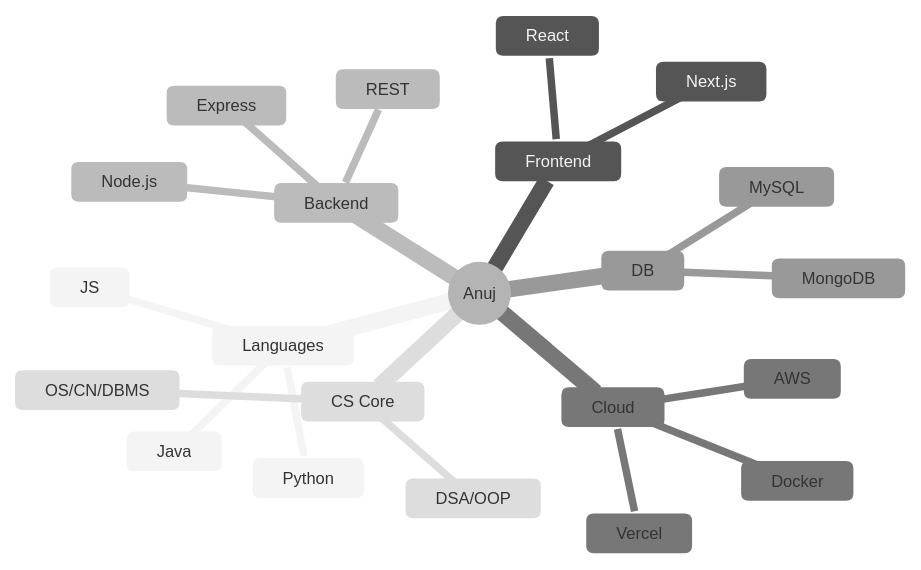
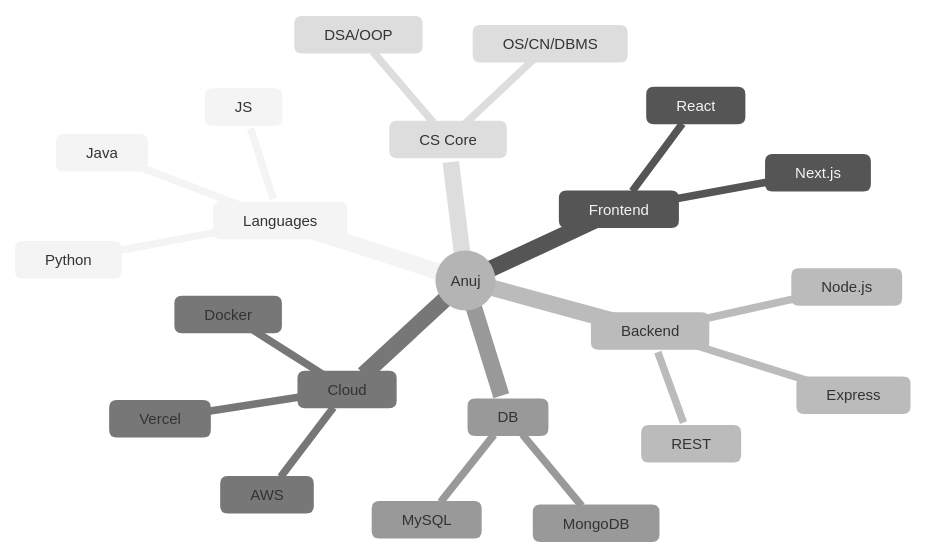
The first of 2 diagrams in README.md (Anuj-er/Anuj-er), drawn with Mermaid before and after one commit. The commit also changed other lines of this file, not shown here.

````diff
--- a/README.md
+++ b/README.md
@@ -65,26 +67,26 @@
 ```mermaid
-%%{init: {'theme': 'neutral', 'themeVariables': {'fontSize': '11px'}}}%%
+%%{init: {'theme': 'neutral', 'themeVariables': {'fontSize': '10px'}}}%%
 mindmap
   root((Anuj))
     Languages
       Java
       Python
       JS
     Frontend
       React
       Next.js
     Backend
       Node.js
       Express
       REST
     Cloud
       AWS
       Docker
       Vercel
     DB
       MongoDB
       MySQL
     CS Core
       DSA/OOP
       OS/CN/DBMS
 ```
````
